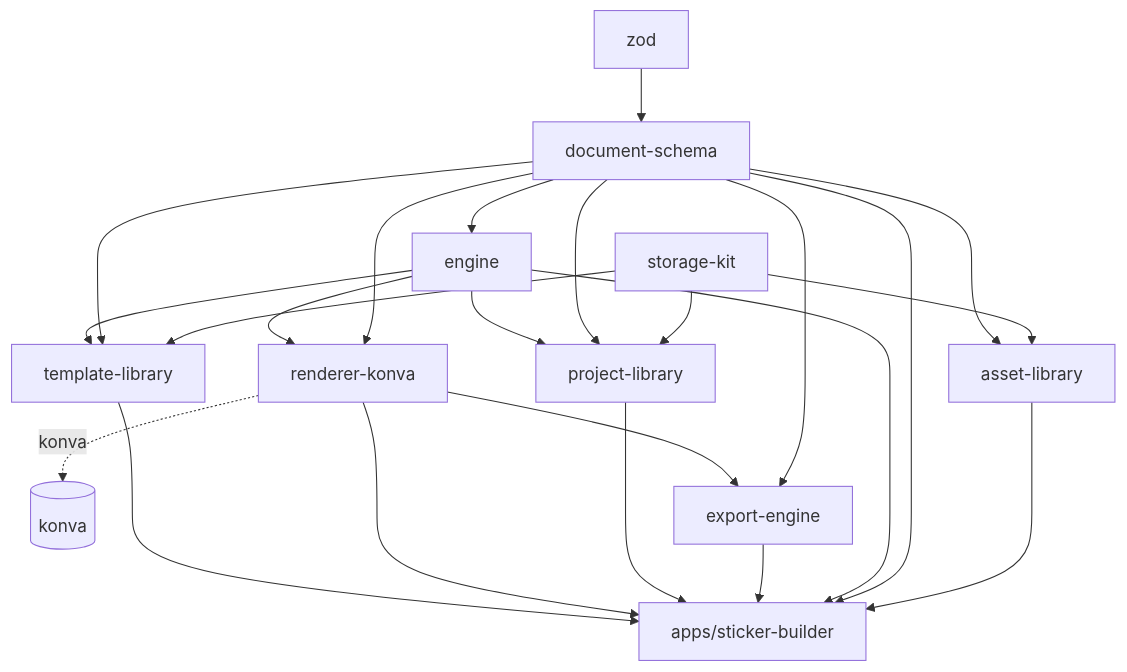
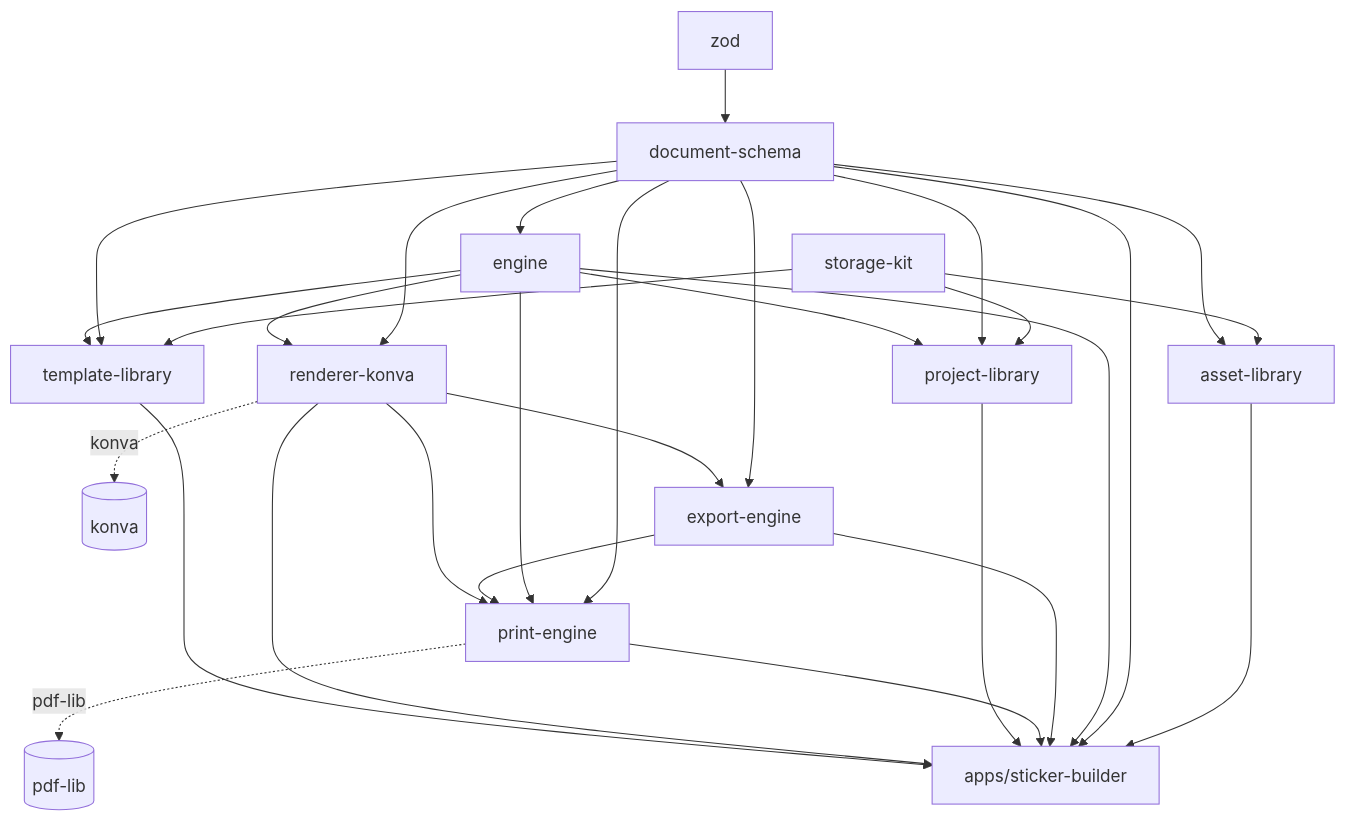
The diagram in impulso-builder-platform/docs/ARCHITECTURE.md (vladglobalmx-max/claude-code), drawn with Mermaid before and after one commit. The commit also changed other lines of this file and 65 other files, not shown here.

````diff
--- a/impulso-builder-platform/docs/ARCHITECTURE.md
+++ b/impulso-builder-platform/docs/ARCHITECTURE.md
@@ -38,28 +39,35 @@
 ```mermaid
 flowchart TD
     Z[zod] --> DS[document-schema]
     DS --> E[engine]
     DS --> RK[renderer-konva]
     E --> RK
     RK -.konva.-> K[(konva)]
 
     SK[storage-kit] --> AL[asset-library]
     DS --> AL
     SK --> TL[template-library]
     DS --> TL
     E --> TL
     SK --> PL[project-library]
     DS --> PL
     E --> PL
 
     DS --> EE[export-engine]
     RK --> EE
 
+    DS --> PE[print-engine]
+    E --> PE
+    EE --> PE
+    RK --> PE
+    PE -.pdf-lib.-> PDFLIB[(pdf-lib)]
+
     AL --> APP[apps/sticker-builder]
     DS --> APP
     E --> APP
     EE --> APP
+    PE --> APP
     PL --> APP
     RK --> APP
     TL --> APP
 ```
````
